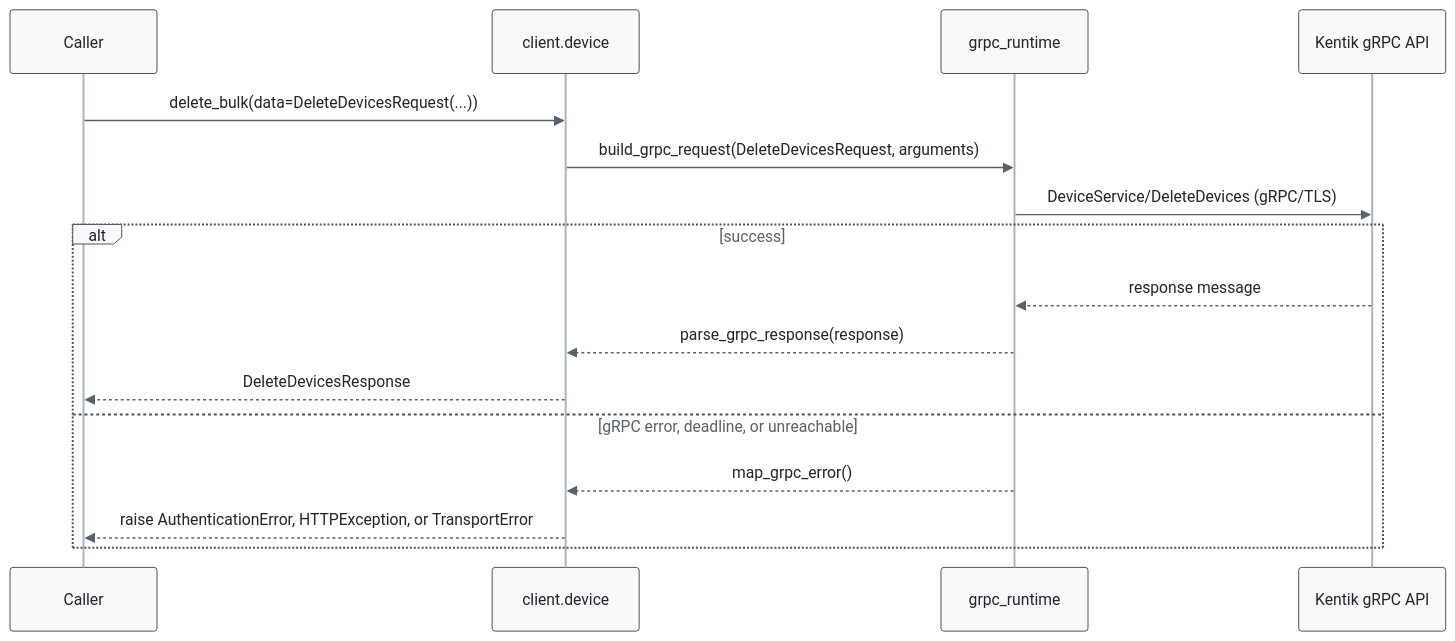
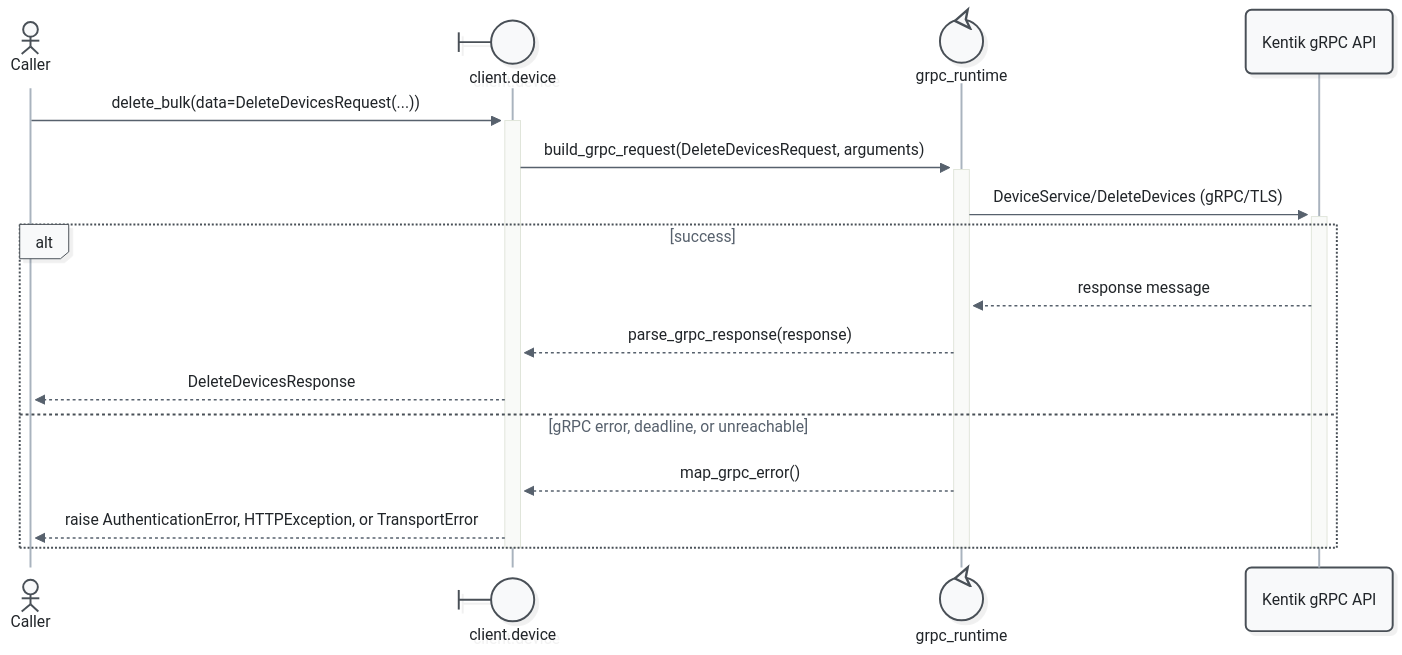
One commit to alexdearaujo/community_sdk_python changed the eighth of 21 diagrams in docs/sphinx/services/device.md. Above: the diagram before and after it, drawn with Mermaid. The commit also changed other lines of this file and 52 other files, not shown here.

First line of the commit message:
docs: Mermaid 12 sequence diagrams with participant types and path colors

````diff
--- a/docs/sphinx/services/device.md
+++ b/docs/sphinx/services/device.md
@@ -290,20 +307,23 @@
 ```mermaid
-%%{init: {"theme": "base", "fontFamily": "ui-monospace, SFMono-Regular, Menlo, monospace", "themeVariables": {"fontFamily": "ui-monospace, SFMono-Regular, Menlo, monospace", "primaryColor": "#f8f9fa", "primaryBorderColor": "#495057", "primaryTextColor": "#212529", "textColor": "#212529", "lineColor": "#77818c", "edgeLabelBackground": "#ffffff", "actorBkg": "#f8f9fa", "actorBorder": "#495057", "actorTextColor": "#212529", "actorLineColor": "#a9b3be", "signalColor": "#57616d", "signalTextColor": "#212529", "labelBoxBkgColor": "#f8f9fa", "labelBoxBorderColor": "#495057", "labelTextColor": "#212529", "loopTextColor": "#57616d", "noteBkgColor": "#fff9db", "noteBorderColor": "#f08c00", "noteTextColor": "#a35a00"}, "flowchart": {"curve": "step", "nodeSpacing": 30, "rankSpacing": 70, "wrappingWidth": 400}}}%%
+%%{init: {"theme": "redux", "look": "neo", "layout": "dagre", "fontFamily": "ui-monospace, SFMono-Regular, Menlo, monospace", "themeVariables": {"fontFamily": "ui-monospace, SFMono-Regular, Menlo, monospace", "primaryColor": "#f8f9fa", "primaryBorderColor": "#495057", "primaryTextColor": "#212529", "textColor": "#212529", "lineColor": "#77818c", "edgeLabelBackground": "#ffffff", "actorBkg": "#f8f9fa", "actorBorder": "#495057", "actorTextColor": "#212529", "actorLineColor": "#a9b3be", "signalColor": "#57616d", "signalTextColor": "#212529", "labelBoxBkgColor": "#f8f9fa", "labelBoxBorderColor": "#495057", "labelTextColor": "#212529", "loopTextColor": "#57616d", "noteBkgColor": "#fff9db", "noteBorderColor": "#f08c00", "noteTextColor": "#a35a00"}, "sequence": {"activationWidth": 16}, "flowchart": {"curve": "step", "nodeSpacing": 30, "rankSpacing": 70, "wrappingWidth": 400}}}%%
 sequenceDiagram
-    participant C as Caller
-    participant W as client.device
-    participant R as grpc_runtime
+    actor C as Caller
+    participant W@{ "type": "boundary" } as client.device
+    participant R@{ "type": "control" } as grpc_runtime
     participant API as Kentik gRPC API
 
-    C->>W: delete_bulk(data=DeleteDevicesRequest(...))
-    W->>R: build_grpc_request(DeleteDevicesRequest, arguments)
-    R->>API: DeviceService/DeleteDevices (gRPC/TLS)
+    C->>+W: delete_bulk(data=DeleteDevicesRequest(...))
+    W->>+R: build_grpc_request(DeleteDevicesRequest, arguments)
+    R->>+API: DeviceService/DeleteDevices (gRPC/TLS)
     alt success
         API-->>R: response message
         R-->>W: parse_grpc_response(response)
         W-->>C: DeleteDevicesResponse
     else gRPC error, deadline, or unreachable
         R-->>W: map_grpc_error()
         W-->>C: raise AuthenticationError, HTTPException, or TransportError
     end
+    deactivate API
+    deactivate R
+    deactivate W
 ```
````
